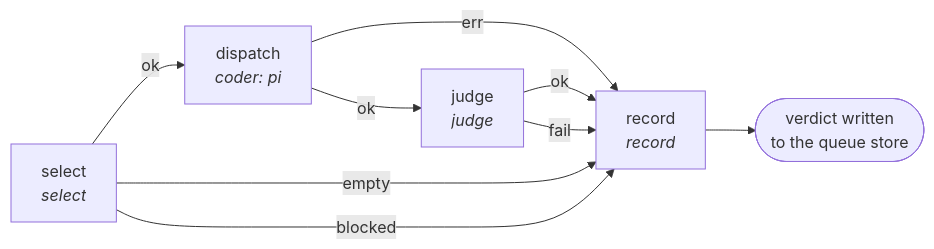
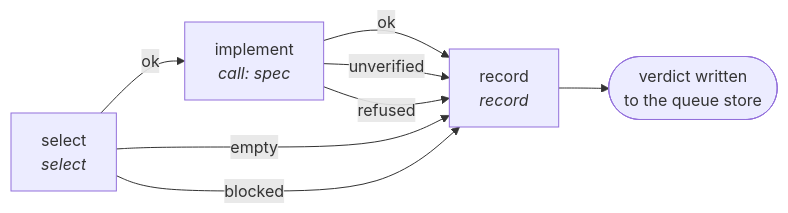
The third of 5 diagrams in graphs/README.md (bitscrafts/pi-improved), drawn with Mermaid before and after one commit. The commit also changed other lines of this file and 13 other files, not shown here.

First line of the commit message:
The queue implements a spec by calling the graph that does it

````diff
--- a/graphs/README.md
+++ b/graphs/README.md
@@ -76,11 +75,10 @@
 ```mermaid
 flowchart LR
-  select["select<br/><i>select</i>"] -->|ok| dispatch["dispatch<br/><i>coder: pi</i>"]
-  dispatch -->|ok| judge["judge<br/><i>judge</i>"]
-  dispatch -->|err| record["record<br/><i>record</i>"]
-  judge -->|ok| record
-  judge -->|fail| record
+  select["select<br/><i>select</i>"] -->|ok| implement["implement<br/><i>call: spec</i>"]
+  implement -->|ok| record["record<br/><i>record</i>"]
+  implement -->|unverified| record
+  implement -->|refused| record
   select -->|empty| record
   select -->|blocked| record
   record --> out(["verdict written<br/>to the queue store"])
 ```
````
